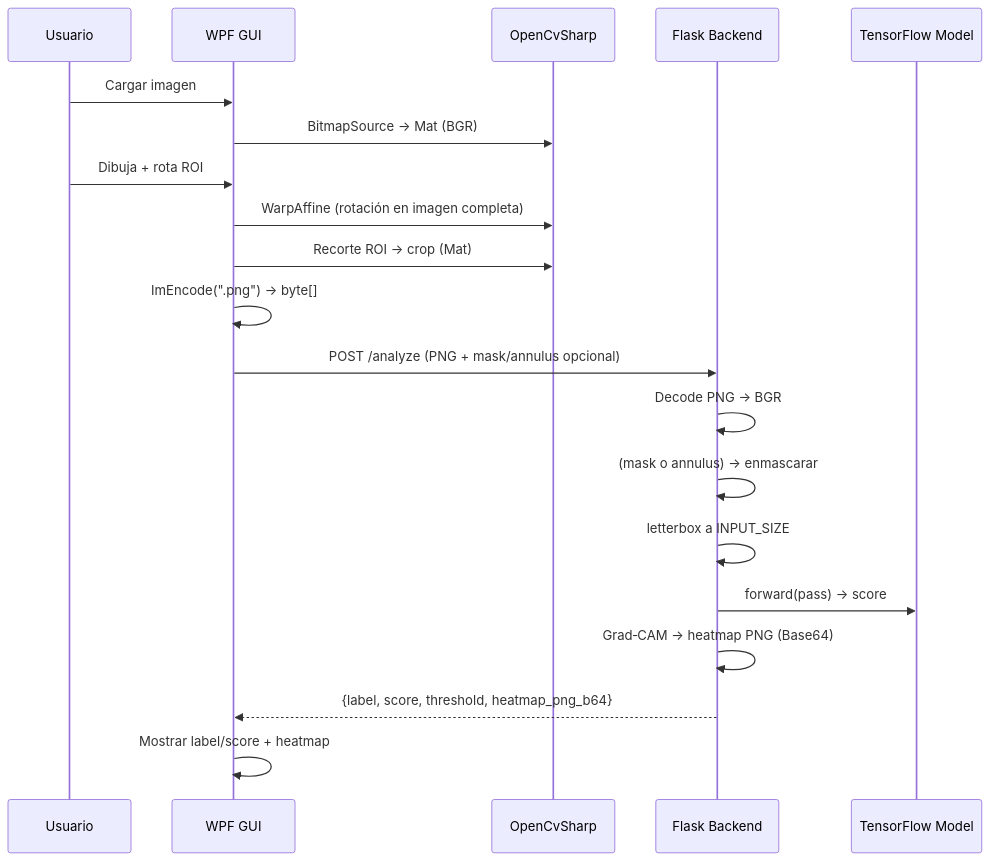
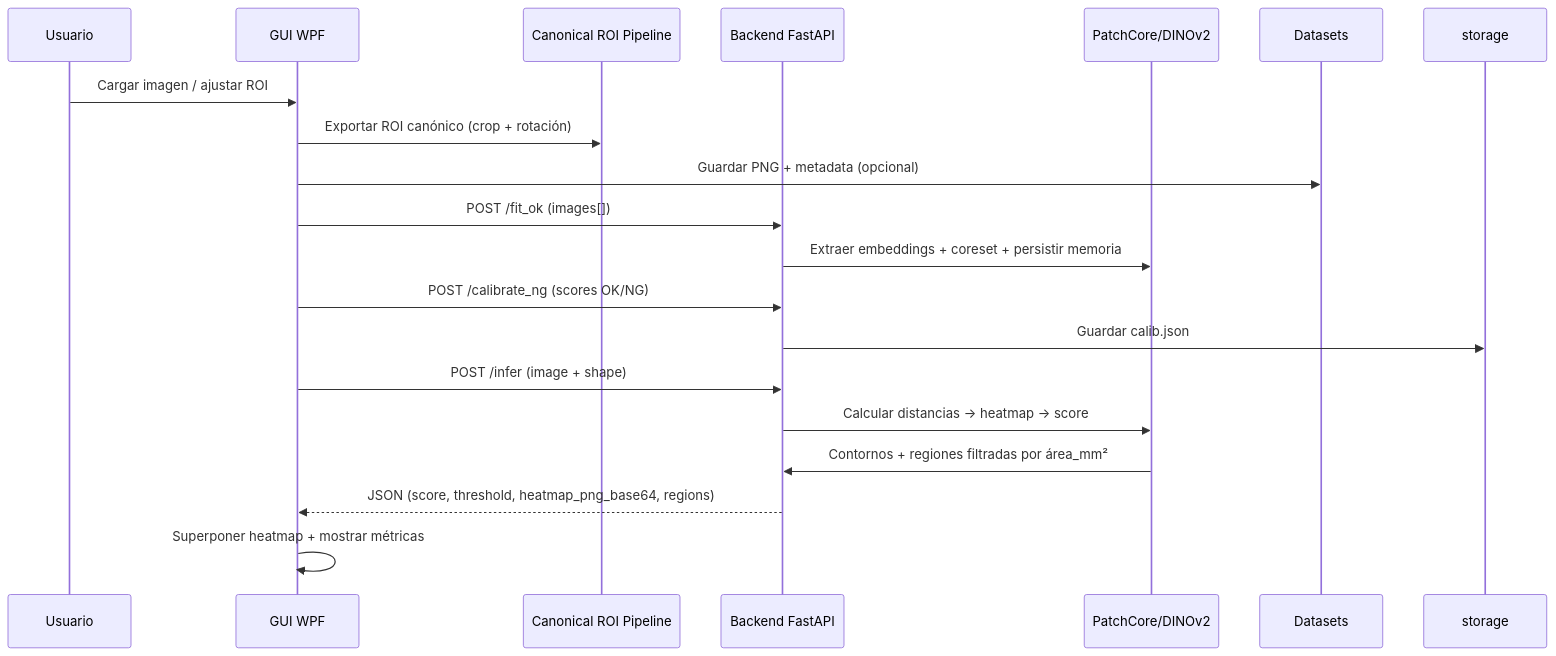
Before and after one commit to MillyGit/BrakeDiscInspector: the second of 2 diagrams in ARCHITECTURE.md, drawn with Mermaid. The commit also changed other lines of this file and 11 other files, not shown here.

````diff
--- a/ARCHITECTURE.md
+++ b/ARCHITECTURE.md
@@ -49,23 +48,21 @@
 ```mermaid
 sequenceDiagram
     participant U as Usuario
-    participant GUI as WPF GUI
-    participant CV as OpenCvSharp
-    participant BE as Flask Backend
-    participant TF as TensorFlow Model
+    participant GUI as GUI WPF
+    participant ROI as Canonical ROI Pipeline
+    participant BE as Backend FastAPI
+    participant PC as PatchCore/DINOv2
 
-    U->>GUI: Cargar imagen
-    GUI->>CV: BitmapSource -> Mat (BGR)
-    U->>GUI: Dibuja + rota ROI
-    GUI->>CV: WarpAffine (rotación en imagen completa)
-    GUI->>CV: Recorte ROI -> crop (Mat)
-    GUI->>GUI: ImEncode(".png") -> byte[]
-    GUI->>BE: POST /analyze (PNG + mask/annulus opcional)
-    BE->>BE: Decode PNG -> BGR
-    BE->>BE: (mask o annulus) -> enmascarar
-    BE->>BE: letterbox a INPUT_SIZE
-    BE->>TF: forward(pass) -> score
-    BE->>BE: Grad‑CAM -> heatmap PNG (Base64)
-    BE-->>GUI: {label, score, threshold, heatmap_png_b64}
-    GUI->>GUI: Mostrar label/score + heatmap
+    U->>GUI: Cargar imagen / ajustar ROI
+    GUI->>ROI: Exportar ROI canónico (crop + rotación)
+    GUI->>Datasets: Guardar PNG + metadata (opcional)
+    GUI->>BE: POST /fit_ok (images[])
+    BE->>PC: Extraer embeddings + coreset + persistir memoria
+    GUI->>BE: POST /calibrate_ng (scores OK/NG)
+    BE->>storage: Guardar calib.json
+    GUI->>BE: POST /infer (image + shape)
+    BE->>PC: Calcular distancias → heatmap → score
+    PC->>BE: Contornos + regiones filtradas por área_mm²
+    BE-->>GUI: JSON (score, threshold, heatmap_png_base64, regions)
+    GUI->>GUI: Superponer heatmap + mostrar métricas
 ```
````
